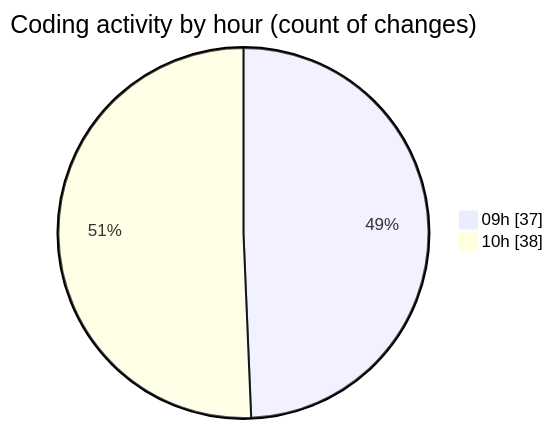
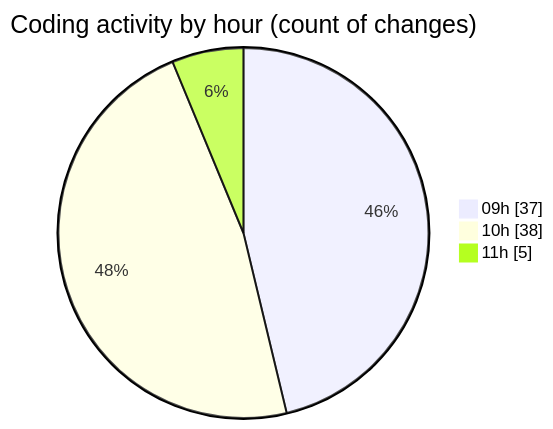
Before and after one commit to momahboobian/code-tracking: the second of 2 diagrams in 2025-02-12/cda/README.md, drawn with Mermaid. The commit also changed other lines of this file and 1 other file, not shown here.

````diff
--- a/2025-02-12/cda/README.md
+++ b/2025-02-12/cda/README.md
@@ -29,6 +29,7 @@
 ```mermaid
 pie showData
 title Coding activity by hour (count of changes)
 "09h" : 37
 "10h" : 38
+"11h" : 5
 ```
````
